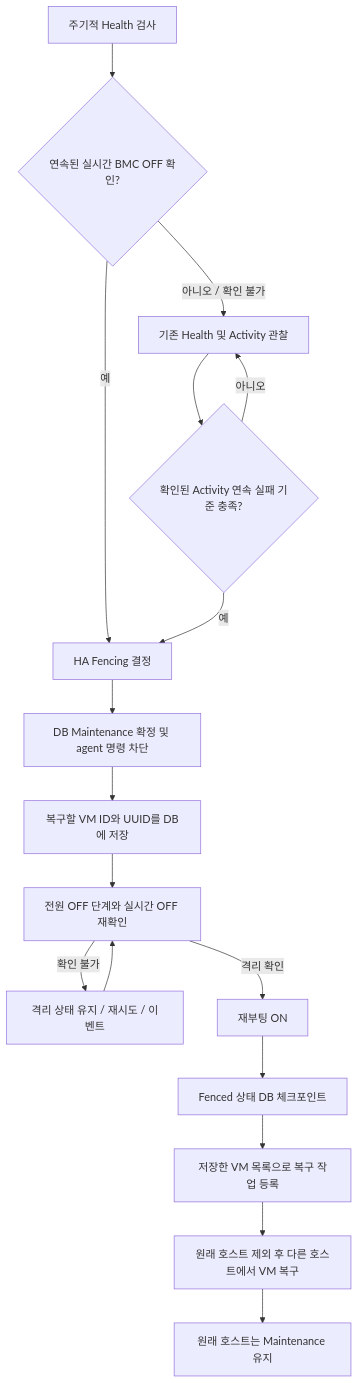
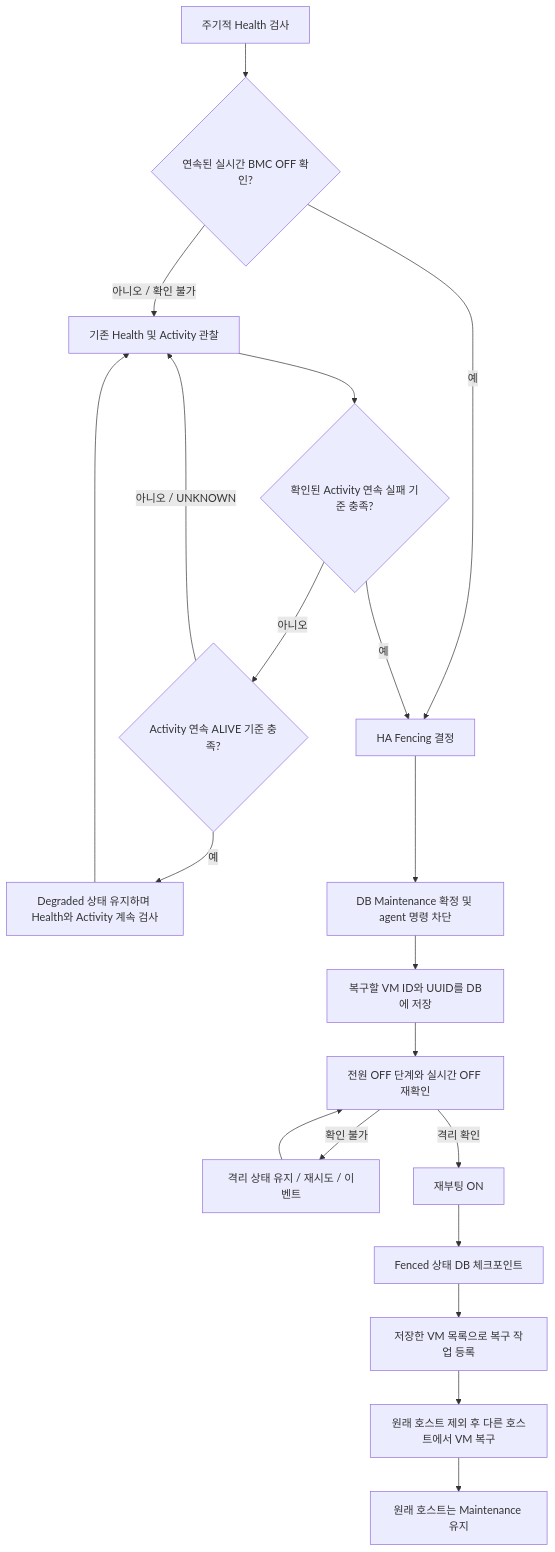
Before and after one commit to jschoiRR/ablestack-mold: the diagram in docs/design/europa-ha-safety-implementation-plan.md, drawn with Mermaid. The commit also changed other lines of this file and 14 other files, not shown here.

Commit message:
Keep HA degraded during continuous activity checks

````diff
--- a/docs/design/europa-ha-safety-implementation-plan.md
+++ b/docs/design/europa-ha-safety-implementation-plan.md
@@ -32,19 +34,22 @@
 ```mermaid
 flowchart TD
     A[주기적 Health 검사] --> B{연속된 실시간 BMC OFF 확인?}
     B -->|예| F[HA Fencing 결정]
     B -->|아니오 / 확인 불가| C[기존 Health 및 Activity 관찰]
     C --> D{확인된 Activity 연속 실패 기준 충족?}
-    D -->|아니오| C
+    D -->|아니오| E{Activity 연속 ALIVE 기준 충족?}
+    E -->|예| G[Degraded 상태 유지하며 Health와 Activity 계속 검사]
+    E -->|아니오 / UNKNOWN| C
+    G --> C
     D -->|예| F
     F --> Q[DB Maintenance 확정 및 agent 명령 차단]
     Q --> S[복구할 VM ID와 UUID를 DB에 저장]
     S --> P[전원 OFF 단계와 실시간 OFF 재확인]
     P -->|확인 불가| R[격리 상태 유지 / 재시도 / 이벤트]
     R --> P
     P -->|격리 확인| O[재부팅 ON]
     O --> K[Fenced 상태 DB 체크포인트]
     K --> J[저장한 VM 목록으로 복구 작업 등록]
     J --> V[원래 호스트 제외 후 다른 호스트에서 VM 복구]
     V --> M[원래 호스트는 Maintenance 유지]
 ```
````
